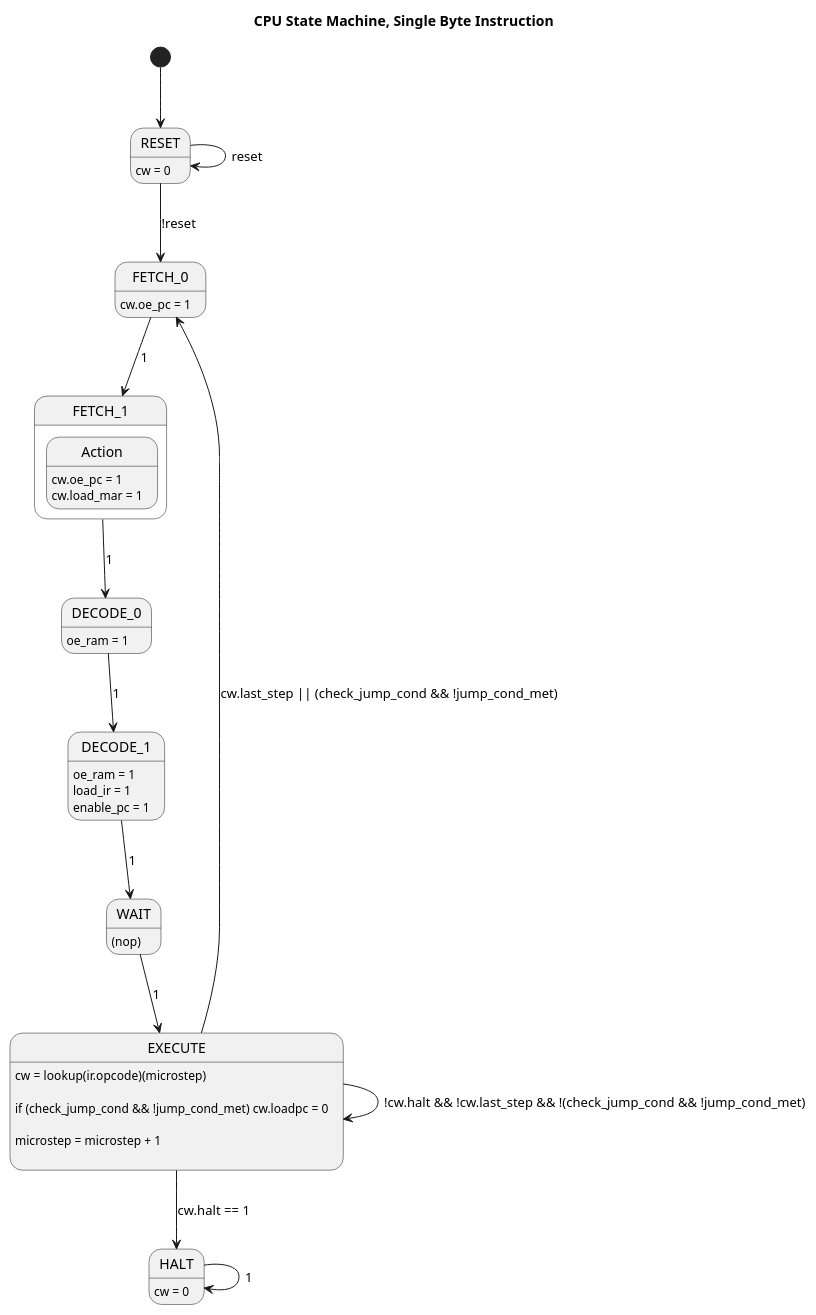
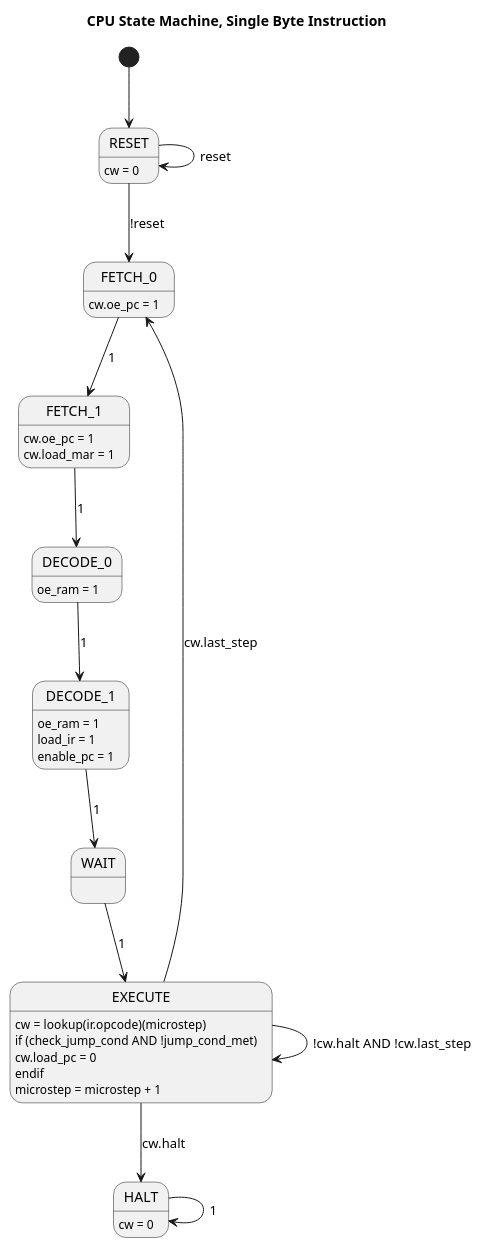
Before and after one commit to aaronsbrown/fpga_8-Bit_SAP-2.0: the diagram in docs/UML/FSM_single_byte.puml, drawn with PlantUML. The commit also changed 8 other files, not shown here.

```diff
--- a/docs/UML/FSM_single_byte.puml
+++ b/docs/UML/FSM_single_byte.puml
@@ -1,53 +1,75 @@
 @startuml
 
 title CPU State Machine, Single Byte Instruction
 
 [*] --> RESET 
 
 state RESET {
-    RESET: cw = 0
+    RESET : cw = 0 
+    ' Control Word inactive
 }
 
 state FETCH_0 {
-    FETCH_0: cw.oe_pc = 1
+    FETCH_0 : cw.oe_pc = 1
 }
 
 state FETCH_1 {
-    Action: cw.oe_pc = 1
-    Action: cw.load_mar = 1 
+   FETCH_1 : cw.oe_pc = 1 
+   FETCH_1 : cw.load_mar = 1 
 }
 
 state DECODE_0 {
-   DECODE_0: oe_ram = 1 
+   DECODE_0 : oe_ram = 1 
 }
 
 state DECODE_1 {
-   DECODE_1: oe_ram = 1\nload_ir = 1\nenable_pc = 1 
+   DECODE_1 : oe_ram = 1
+   DECODE_1 : load_ir = 1
+   DECODE_1 : enable_pc = 1 
 }
 
 state WAIT {
-    WAIT: (nop)
+    WAIT : 
+    ' (No specific action)
 }
 
 state EXECUTE {
-   EXECUTE: cw = lookup(ir.opcode)(microstep)\n\nif (check_jump_cond && !jump_cond_met) cw.loadpc = 0\n\nmicrostep = microstep + 1\n
+  
+   ' Main action: Get control word
+   EXECUTE : cw = lookup(ir.opcode)(microstep) 
+   
+   ' Suppress PC load on failed jump
+   EXECUTE : if (check_jump_cond AND !jump_cond_met) 
+   EXECUTE :   cw.load_pc = 0 
+   EXECUTE : endif 
+ 
+   ' --- Internal Step ---
+   EXECUTE : microstep = microstep + 1 
 }
 
 state HALT {
-   HALT: cw = 0 
+   HALT : cw = 0 
 }
 
+' --- Transitions ---
+' Assuming active high reset shown
 RESET --> RESET : reset 
 RESET --> FETCH_0 : !reset 
-FETCH_0 --> FETCH_1 : 1
+
+' Unconditional
+FETCH_0 --> FETCH_1 : 1 
 FETCH_1 --> DECODE_0 : 1   
 DECODE_0 --> DECODE_1 : 1
 DECODE_1 --> WAIT : 1
 WAIT --> EXECUTE : 1
-EXECUTE --> EXECUTE : !cw.halt && !cw.last_step && !(check_jump_cond && !jump_cond_met)
-EXECUTE --> FETCH_0 : cw.last_step || (check_jump_cond && !jump_cond_met) 
-EXECUTE --> HALT : cw.halt == 1
+
+EXECUTE --> EXECUTE : !cw.halt AND !cw.last_step 
+
+EXECUTE --> FETCH_0 : cw.last_step 
+
+EXECUTE --> HALT : cw.halt 
+
 HALT --> HALT : 1
 
 
 @enduml
```
